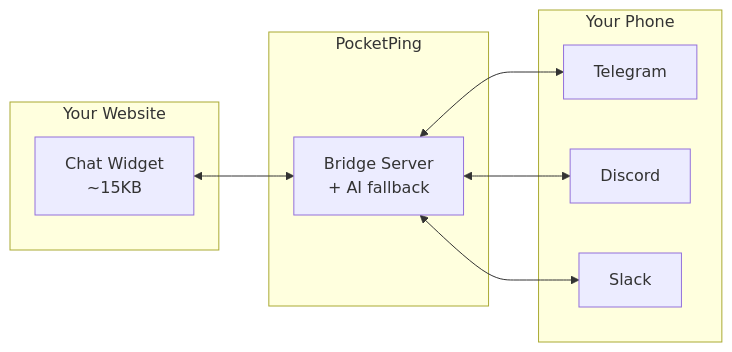
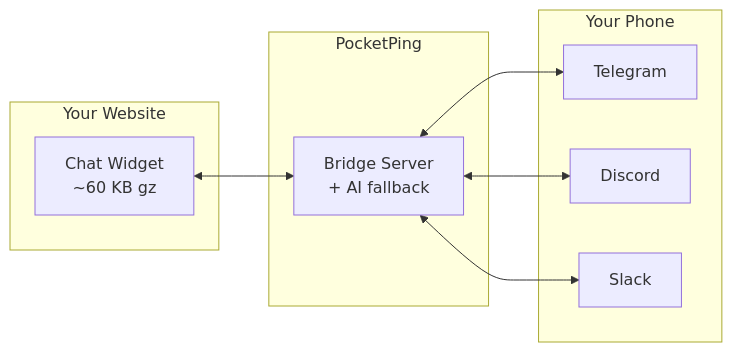
The first of 7 diagrams in docs-site/docs/intro.md (Ruwad-io/pocketping), drawn with Mermaid before and after one commit. The commit also changed other lines of this file and 26 other files, not shown here.

````diff
--- a/docs-site/docs/intro.md
+++ b/docs-site/docs/intro.md
@@ -21,21 +21,21 @@
 ```mermaid
 flowchart LR
     subgraph website["Your Website"]
-        widget["Chat Widget<br/>~15KB"]
+        widget["Chat Widget<br/>~60 KB gz"]
     end
 
     subgraph pp["PocketPing"]
         bridge["Bridge Server<br/>+ AI fallback"]
     end
 
     subgraph phone["Your Phone"]
         tg["Telegram"]
         dc["Discord"]
         sl["Slack"]
     end
 
     widget <--> bridge
     bridge <--> tg
     bridge <--> dc
     bridge <--> sl
 ```
````
